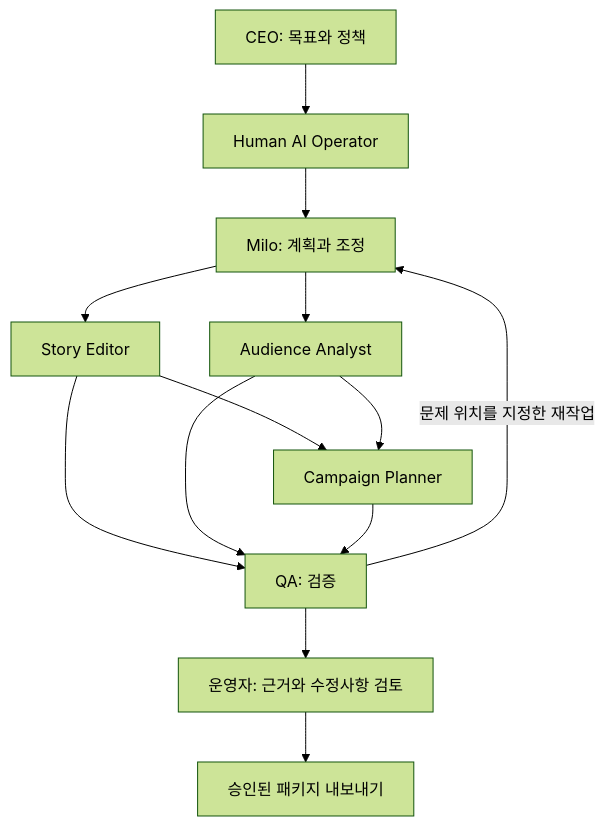
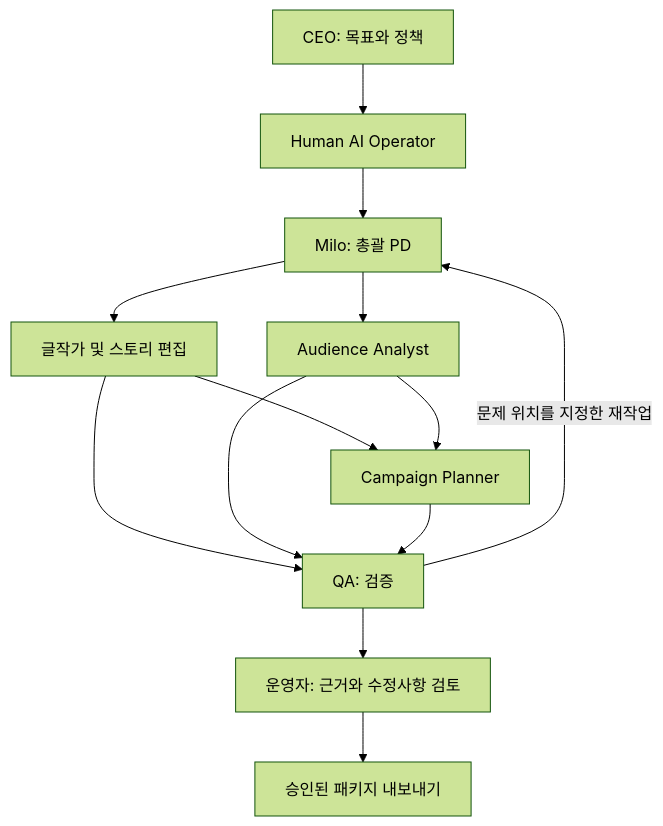
Before and after one commit to EXPOIR0405/orbit-studio-os: the diagram in README.md, drawn with Mermaid (forest theme). The commit also changed other lines of this file and 6 other files, not shown here.

````diff
--- a/README.md
+++ b/README.md
@@ -52,15 +64,15 @@
 ```mermaid
 flowchart TD
     CEO[CEO: 목표와 정책] --> OP[Human AI Operator]
-    OP --> M[Milo: 계획과 조정]
-    M --> S[Story Editor]
+    OP --> M[Milo: 총괄 PD]
+    M --> S[글작가 및 스토리 편집]
     M --> A[Audience Analyst]
     S --> C[Campaign Planner]
     A --> C
     S --> Q[QA: 검증]
     A --> Q
     C --> Q
     Q --> R[운영자: 근거와 수정사항 검토]
     R --> E[승인된 패키지 내보내기]
     Q -->|문제 위치를 지정한 재작업| M
 ```
````
